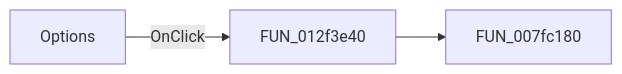
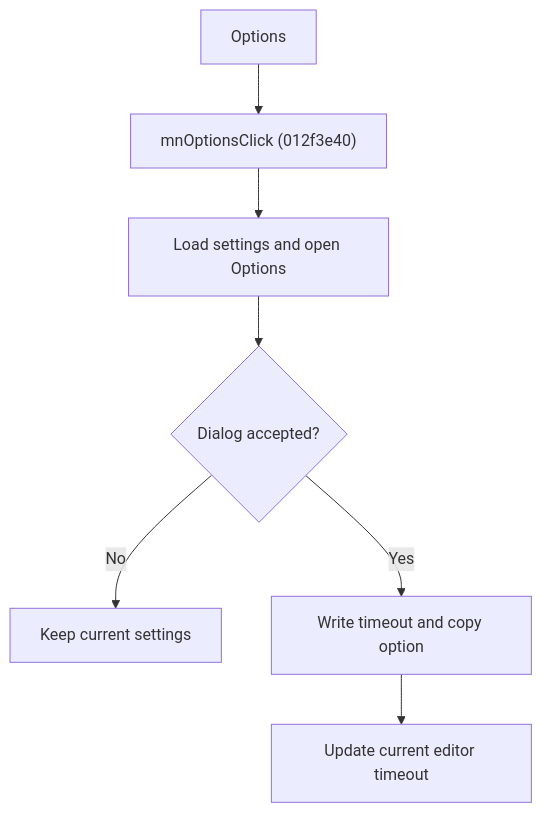
The diagram in docs/ui-controls/frmmodeltestbencheditor/mnoptions-092911de02.md (MovGP0/TIARA), drawn with Mermaid before and after one commit. The commit also changed other lines of this file and 387 other files, not shown here.

````diff
--- a/docs/ui-controls/frmmodeltestbencheditor/mnoptions-092911de02.md
+++ b/docs/ui-controls/frmmodeltestbencheditor/mnoptions-092911de02.md
@@ -27,5 +29,9 @@
 ```mermaid
-flowchart LR
-    control["Options"] -->|OnClick| handler["FUN_012f3e40"]
-    handler --> call1["FUN_007fc180"]
+flowchart TD
+    control["Options"] --> handler["mnOptionsClick (012f3e40)"]
+    handler --> dialog["Load settings and open Options"]
+    dialog --> accepted{"Dialog accepted?"}
+    accepted -->|No| stop["Keep current settings"]
+    accepted -->|Yes| persist["Write timeout and copy option"]
+    persist --> state["Update current editor timeout"]
 ```
````
